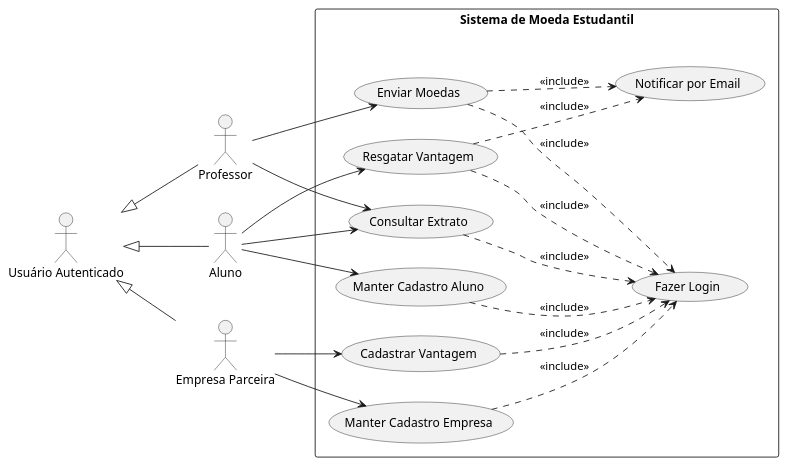
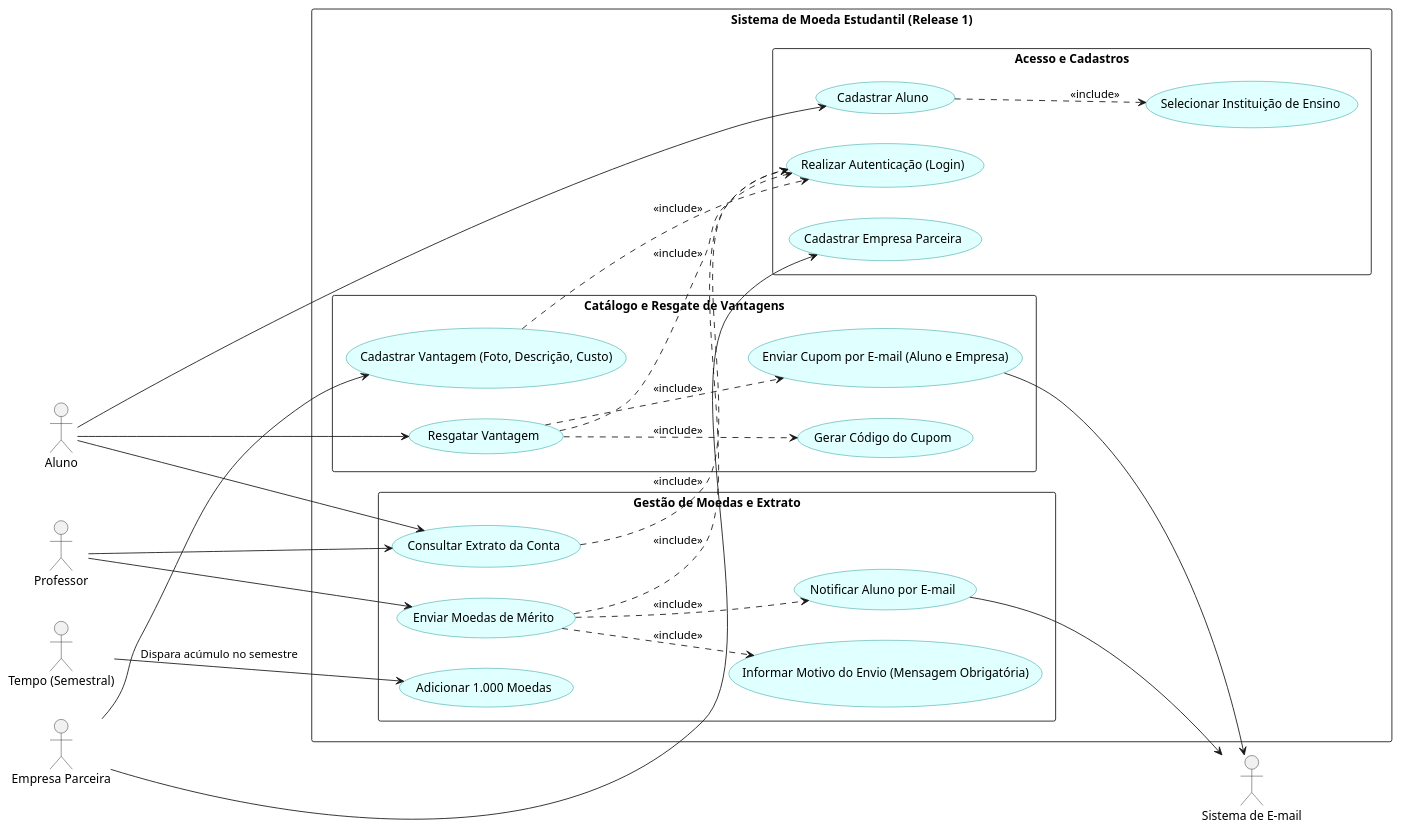
One commit to ArthurFreitasJardim/Sistema-de-Moeda-Estudantil changed the diagram in docs/DiagramCasodeUso.puml. Above: the diagram before and after it, drawn with PlantUML.

```diff
--- a/docs/DiagramCasodeUso.puml
+++ b/docs/DiagramCasodeUso.puml
@@ -1,44 +1,78 @@
 @startuml
 left to right direction
 skinparam packageStyle rectangle
-
-actor "Usuário Autenticado" as UA
-actor "Aluno" as AL
-actor "Professor" as PR
-actor "Empresa Parceira" as EP
-
-UA <|-- AL
-UA <|-- PR
-UA <|-- EP
-
-rectangle "Sistema de Moeda Estudantil" {
-    (Fazer Login) as UC_Login
-    (Manter Cadastro Aluno) as UC_CadAL
-    (Manter Cadastro Empresa) as UC_CadEP
-    (Consultar Extrato) as UC_Extrato
-    (Enviar Moedas) as UC_EnviarMoedas
-    (Cadastrar Vantagem) as UC_CadVantagem
-    (Resgatar Vantagem) as UC_Resgatar
-    (Notificar por Email) as UC_Email
-    
-    UC_CadAL ..> UC_Login : <<include>>
-    UC_CadEP ..> UC_Login : <<include>>
-    UC_Extrato ..> UC_Login : <<include>>
-    UC_EnviarMoedas ..> UC_Login : <<include>>
-    UC_CadVantagem ..> UC_Login : <<include>>
-    UC_Resgatar ..> UC_Login : <<include>>
-    
-    UC_EnviarMoedas ..> UC_Email : <<include>>
-    UC_Resgatar ..> UC_Email : <<include>>
+skinparam usecase {
+    BackgroundColor LightCyan
+    BorderColor DarkCyan
 }
 
-AL --> UC_CadAL
-AL --> UC_Extrato
-AL --> UC_Resgatar
+actor "Aluno" as Aluno
+actor "Professor" as Professor
+actor "Empresa Parceira" as Empresa
+actor "Sistema de E-mail" as EmailAPI
+actor "Tempo (Semestral)" as Tempo
 
-PR --> UC_EnviarMoedas
-PR --> UC_Extrato
+rectangle "Sistema de Moeda Estudantil (Release 1)" {
+    
+    package "Acesso e Cadastros" {
+        usecase "Realizar Autenticação (Login)" as UC_Login
+        usecase "Cadastrar Aluno" as UC_CadAluno
+        usecase "Selecionar Instituição de Ensino" as UC_SelInst
+        usecase "Cadastrar Empresa Parceira" as UC_CadEmpresa
+        
+        UC_CadAluno ..> UC_SelInst : <<include>>
+    }
 
-EP --> UC_CadEP
-EP --> UC_CadVantagem
+    package "Gestão de Moedas e Extrato" {
+        usecase "Consultar Extrato da Conta" as UC_Extrato
+        usecase "Adicionar 1.000 Moedas" as UC_Acumulo
+        
+        usecase "Enviar Moedas de Mérito" as UC_EnviarMoedas
+        usecase "Informar Motivo do Envio (Mensagem Obrigatória)" as UC_Motivo
+        usecase "Notificar Aluno por E-mail" as UC_NotificaRecebimento
+        
+        UC_EnviarMoedas ..> UC_Motivo : <<include>>
+        UC_EnviarMoedas ..> UC_NotificaRecebimento : <<include>>
+        
+        ' Inclusão de login para ações restritas
+        UC_Extrato ..> UC_Login : <<include>>
+        UC_EnviarMoedas ..> UC_Login : <<include>>
+    }
+
+    package "Catálogo e Resgate de Vantagens" {
+        usecase "Cadastrar Vantagem (Foto, Descrição, Custo)" as UC_CadVantagem
+        usecase "Resgatar Vantagem" as UC_Resgatar
+        usecase "Gerar Código do Cupom" as UC_GerarCodigo
+        usecase "Enviar Cupom por E-mail (Aluno e Empresa)" as UC_NotificaCupom
+        
+        UC_Resgatar ..> UC_GerarCodigo : <<include>>
+        UC_Resgatar ..> UC_NotificaCupom : <<include>>
+        
+        ' Inclusão de login para ações restritas
+        UC_CadVantagem ..> UC_Login : <<include>>
+        UC_Resgatar ..> UC_Login : <<include>>
+    }
+}
+
+' ==========================================
+' Relacionamentos Atores -> Casos de Uso
+' ==========================================
+
+Aluno --> UC_CadAluno
+Aluno --> UC_Extrato
+Aluno --> UC_Resgatar
+
+Professor --> UC_Extrato
+Professor --> UC_EnviarMoedas
+
+Empresa --> UC_CadEmpresa
+Empresa --> UC_CadVantagem
+
+' Gatilho do sistema
+Tempo --> UC_Acumulo : Dispara acúmulo no semestre
+
+' Comunicação com APIs Externas
+UC_NotificaRecebimento --> EmailAPI
+UC_NotificaCupom --> EmailAPI
+
 @enduml
```
